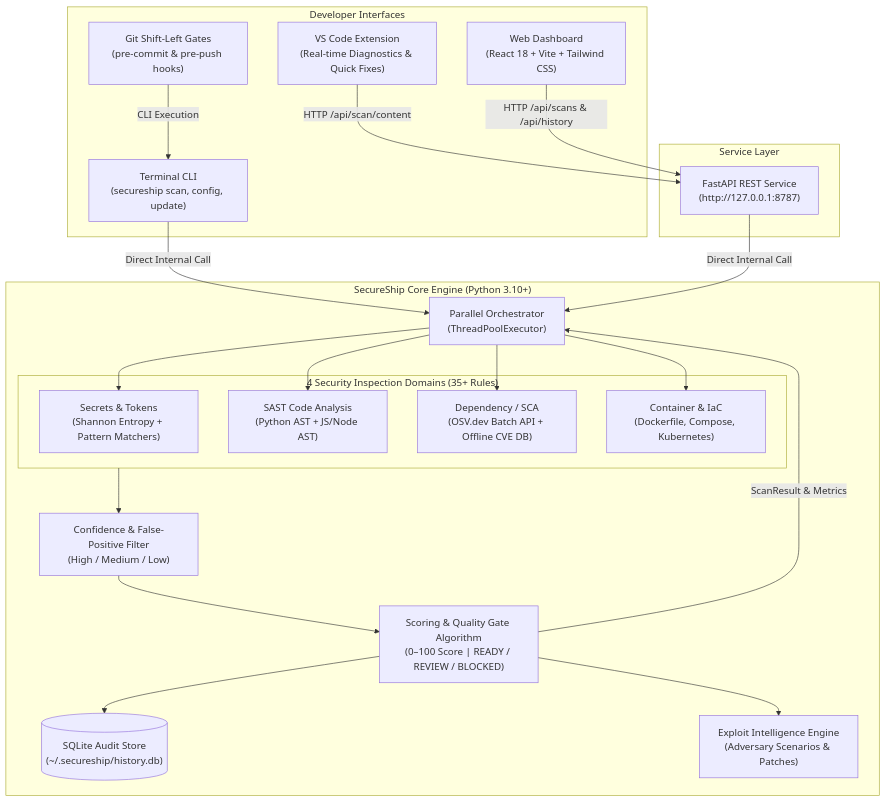
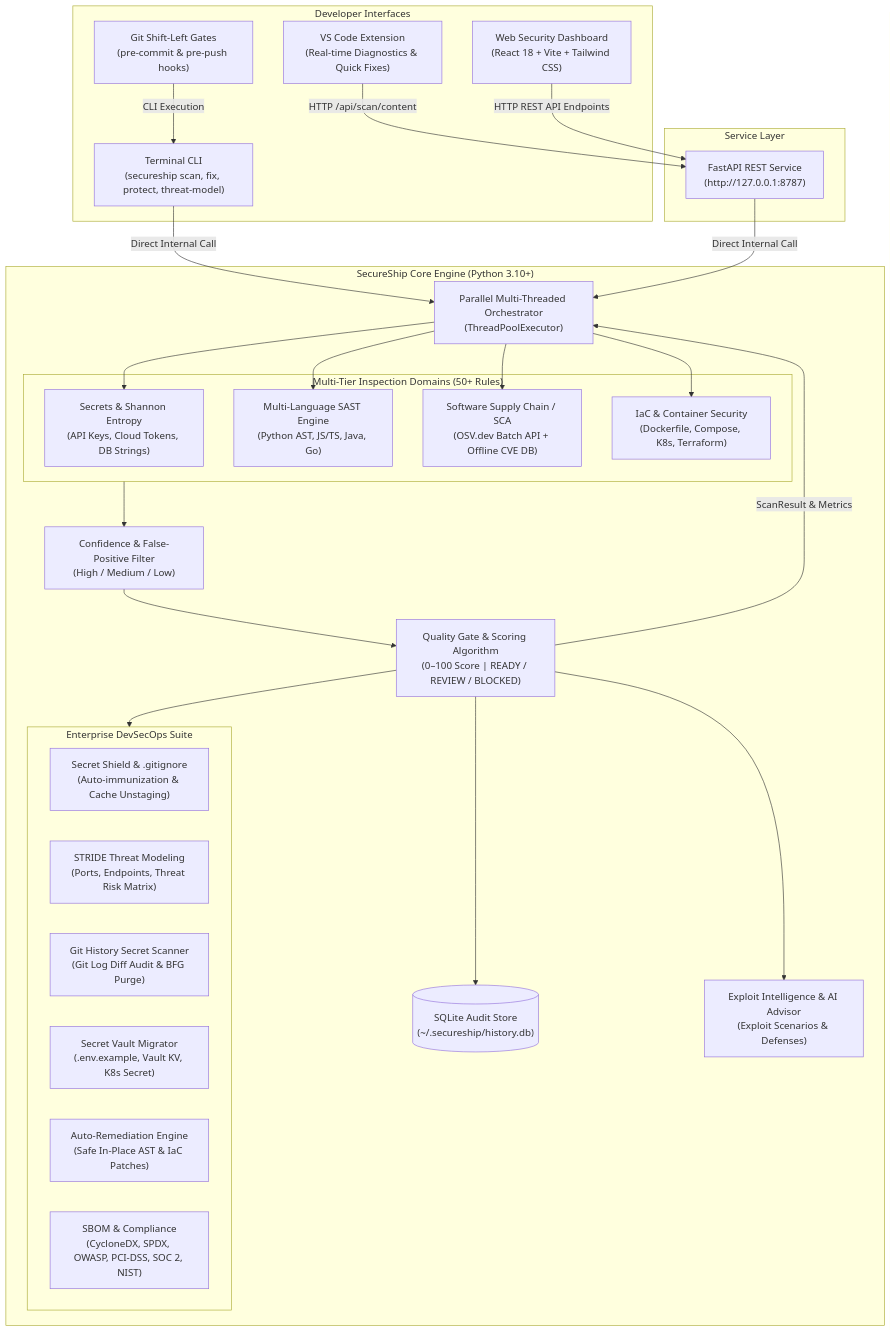
Before and after one commit to 777yash77/SecureSoftwareShip: the diagram in README.md, drawn with Mermaid. The commit also changed other lines of this file and 4 other files, not shown here.

Commit message:
docs & release: Enhanced architecture diagrams, complete enterprise TOC, bundle dashboard dist, and update v1.0.0 release archive

````diff
--- a/README.md
+++ b/README.md
@@ -60,45 +71,55 @@
 ```mermaid
 flowchart TD
     subgraph Interfaces ["Developer Interfaces"]
         IDE["VS Code Extension\n(Real-time Diagnostics & Quick Fixes)"]
         GIT["Git Shift-Left Gates\n(pre-commit & pre-push hooks)"]
-        CLI["Terminal CLI\n(secureship scan, config, update)"]
-        DASH["Web Dashboard\n(React 18 + Vite + Tailwind CSS)"]
+        CLI["Terminal CLI\n(secureship scan, fix, protect, threat-model)"]
+        DASH["Web Security Dashboard\n(React 18 + Vite + Tailwind CSS)"]
     end
 
     subgraph ServiceLayer ["Service Layer"]
         API["FastAPI REST Service\n(http://127.0.0.1:8787)"]
     end
 
     subgraph CoreEngine ["SecureShip Core Engine (Python 3.10+)"]
-        ORCH["Parallel Orchestrator\n(ThreadPoolExecutor)"]
-        SCORER["Scoring & Quality Gate Algorithm\n(0–100 Score | READY / REVIEW / BLOCKED)"]
+        ORCH["Parallel Multi-Threaded Orchestrator\n(ThreadPoolExecutor)"]
+        SCORER["Quality Gate & Scoring Algorithm\n(0–100 Score | READY / REVIEW / BLOCKED)"]
         CONF["Confidence & False-Positive Filter\n(High / Medium / Low)"]
         SQLITE[("SQLite Audit Store\n(~/.secureship/history.db)")]
-        ADVISOR["Exploit Intelligence Engine\n(Adversary Scenarios & Patches)"]
+        ADVISOR["Exploit Intelligence & AI Advisor\n(Exploit Scenarios & Defenses)"]
 
-        subgraph ModularScanners ["4 Security Inspection Domains (35+ Rules)"]
-            S1["Secrets & Tokens\n(Shannon Entropy + Pattern Matchers)"]
-            S2["SAST Code Analysis\n(Python AST + JS/Node AST)"]
-            S3["Dependency / SCA\n(OSV.dev Batch API + Offline CVE DB)"]
-            S4["Container & IaC\n(Dockerfile, Compose, Kubernetes)"]
+        subgraph ModularScanners ["Multi-Tier Inspection Domains (50+ Rules)"]
+            S1["Secrets & Shannon Entropy\n(API Keys, Cloud Tokens, DB Strings)"]
+            S2["Multi-Language SAST Engine\n(Python AST, JS/TS, Java, Go)"]
+            S3["Software Supply Chain / SCA\n(OSV.dev Batch API + Offline CVE DB)"]
+            S4["IaC & Container Security\n(Dockerfile, Compose, K8s, Terraform)"]
+        end
+
+        subgraph EnterpriseModules ["Enterprise DevSecOps Suite"]
+            E1["Secret Shield & .gitignore\n(Auto-immunization & Cache Unstaging)"]
+            E2["STRIDE Threat Modeling\n(Ports, Endpoints, Threat Risk Matrix)"]
+            E3["Git History Secret Scanner\n(Git Log Diff Audit & BFG Purge)"]
+            E4["Secret Vault Migrator\n(.env.example, Vault KV, K8s Secret)"]
+            E5["Auto-Remediation Engine\n(Safe In-Place AST & IaC Patches)"]
+            E6["SBOM & Compliance\n(CycloneDX, SPDX, OWASP, PCI-DSS, SOC 2, NIST)"]
         end
     end
 
     IDE -->|"HTTP /api/scan/content"| API
-    DASH -->|"HTTP /api/scans & /api/history"| API
+    DASH -->|"HTTP REST API Endpoints"| API
     GIT -->|"CLI Execution"| CLI
     CLI -->|"Direct Internal Call"| ORCH
     API -->|"Direct Internal Call"| ORCH
 
     ORCH --> S1
     ORCH --> S2
     ORCH --> S3
     ORCH --> S4
 
     ModularScanners --> CONF
     CONF --> SCORER
     SCORER --> SQLITE
     SCORER --> ADVISOR
+    SCORER --> EnterpriseModules
     SCORER -->|"ScanResult & Metrics"| ORCH
 ```
````
